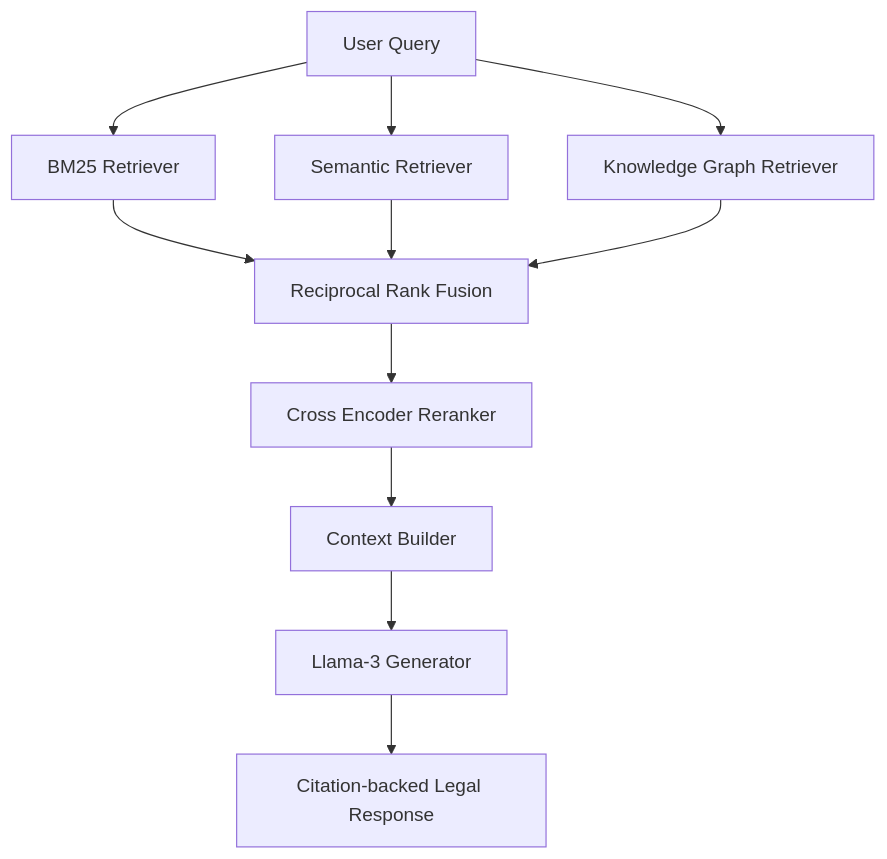
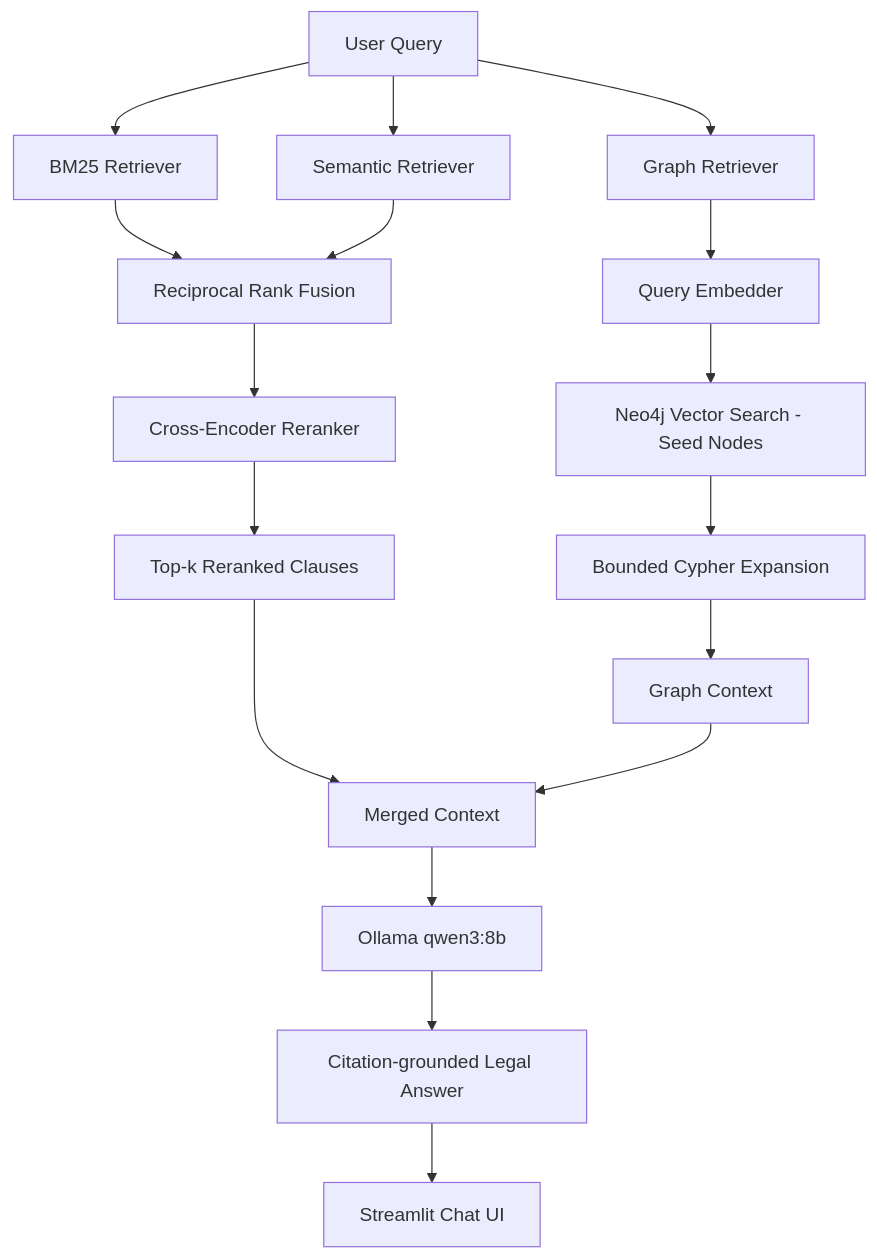
Before and after one commit to Premkumarlodhi/law-retrieval-rag: the diagram in README.md, drawn with Mermaid. The commit also changed other lines of this file, not shown here.

````diff
--- a/README.md
+++ b/README.md
@@ -150,25 +159,25 @@
 ```mermaid
 flowchart TD
 
-    A[User Query]
-
-    A --> B[BM25 Retriever]
-
+    A[User Query] --> B[BM25 Retriever]
     A --> C[Semantic Retriever]
 
-    A --> D[Knowledge Graph Retriever]
-
     B --> E[Reciprocal Rank Fusion]
-
     C --> E
 
-    D --> E
+    E --> F[Cross-Encoder Reranker]
+    F --> G[Top-k Reranked Clauses]
 
-    E --> F[Cross Encoder Reranker]
+    A --> D[Graph Retriever]
+    D --> D1[Query Embedder]
+    D1 --> D2[Neo4j Vector Search - Seed Nodes]
+    D2 --> D3[Bounded Cypher Expansion]
+    D3 --> H[Graph Context]
 
-    F --> G[Context Builder]
+    G --> I[Merged Context]
+    H --> I
 
-    G --> H[Llama-3 Generator]
-
-    H --> I[Citation-backed Legal Response]
+    I --> J[Ollama qwen3:8b]
+    J --> K[Citation-grounded Legal Answer]
+    K --> L[Streamlit Chat UI]
 ```
````
